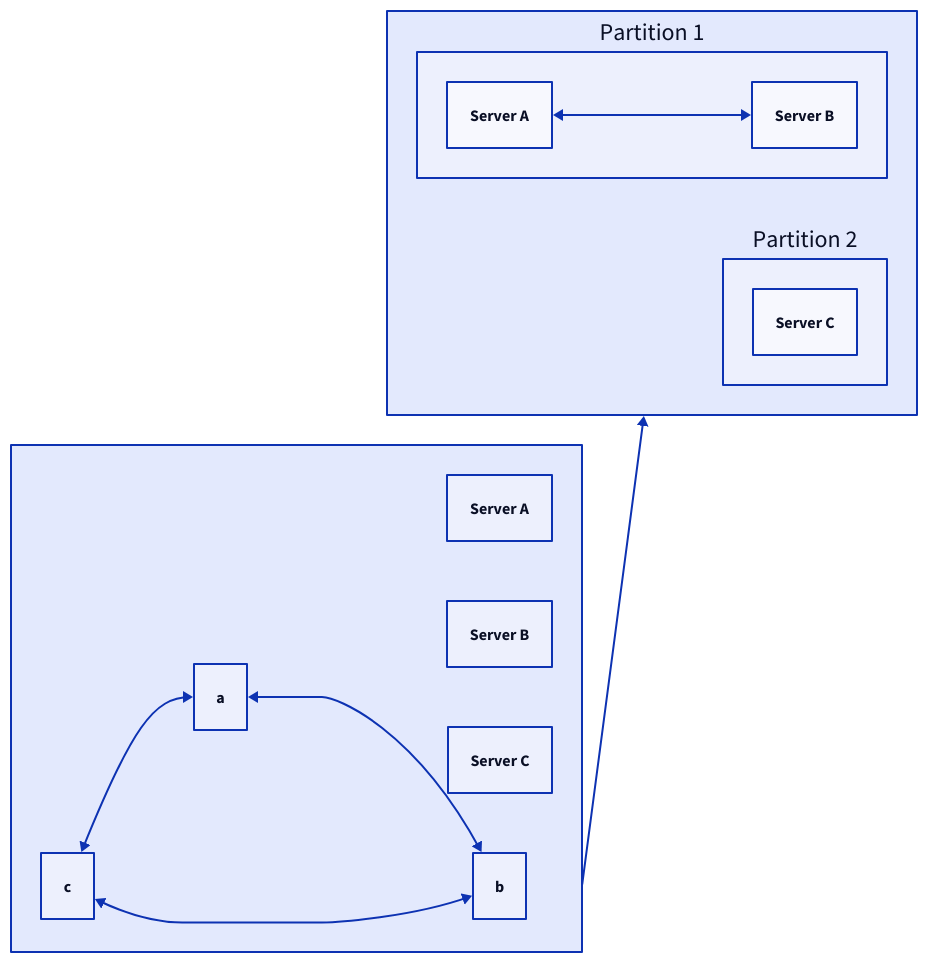
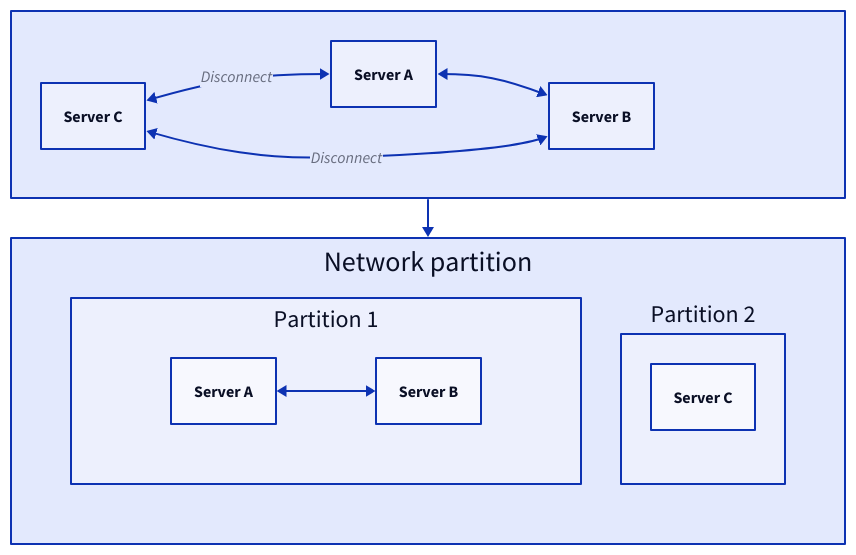
One commit to link1905/system-design-101 changed the sixth of 10 diagrams in content/docs/data-persistence/distributed-database/peer-to-peer-architecture/_index.md. Above: the diagram before and after it, drawn with D2. The commit also changed other lines of this file and 40 other files, not shown here.

````diff
--- a/content/docs/data-persistence/distributed-database/peer-to-peer-architecture/_index.md
+++ b/content/docs/data-persistence/distributed-database/peer-to-peer-architecture/_index.md
@@ -389,38 +420,42 @@
 ```d2
-direction: right
+grid-rows: 2
 c1: "" {
+  direction: right
   sa: Server A {
     class: server
   }
   sb: Server B {
     class: server
   }
   sc: Server C {
     class: server
   }
-  a <-> b
-  c <-> a {
+  sa <-> sb
+  sc <-> sa: Disconnect {
     class: error-conn
   }
-  c <-> b {
+  sc <-> sb: Disconnect {
     class: error-conn
   }
 }
-c2: "" {
+c2: "Network partition" {
+  grid-rows: 1
   g1: Partition 1 {
-      sa: Server A {
-          class: server
-      }
-      sb: Server B {
-          class: server
-      }
-      sa <-> sb
+    grid-rows: 1
+    horizontal-gap: 100
+    sa: Server A {
+        class: server
+    }
+    sb: Server B {
+        class: server
+    }
+    sa <-> sb
   }
   g2: Partition 2 {
-      sc: Server C {
-          class: server
-      }
+    sc: Server C {
+        class: server
+    }
   }
 }
 c1 -> c2
 ```
````
